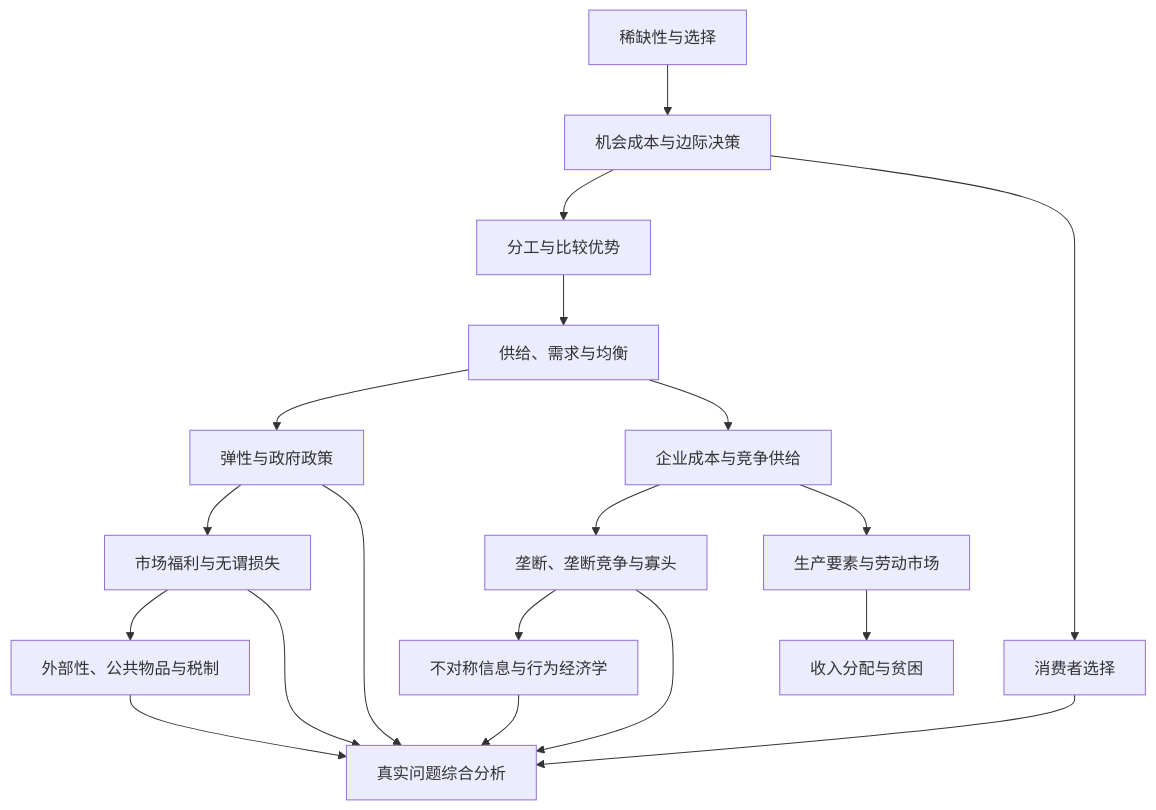
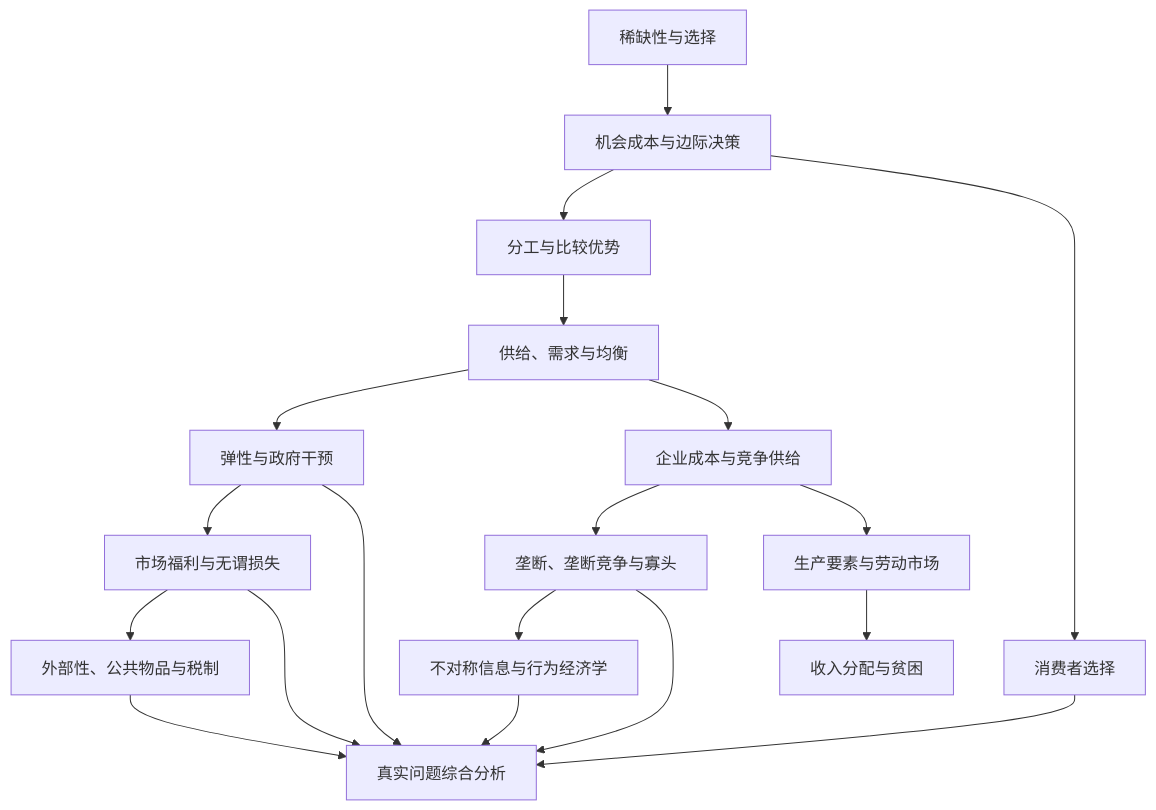
The diagram in docs/00_learning_system/learning_map.md (XiaoJiNu/microeconomicsLearning), drawn with Mermaid before and after one commit. The commit also changed other lines of this file and 9 other files, not shown here.

````diff
--- a/docs/00_learning_system/learning_map.md
+++ b/docs/00_learning_system/learning_map.md
@@ -43,21 +28,21 @@
 ```mermaid
 flowchart TD
     A[稀缺性与选择] --> B[机会成本与边际决策]
     B --> C[分工与比较优势]
     C --> D[供给、需求与均衡]
-    D --> E[弹性与政府政策]
+    D --> E[弹性与政府干预]
     E --> F[市场福利与无谓损失]
     F --> G[外部性、公共物品与税制]
     D --> H[企业成本与竞争供给]
     H --> I[垄断、垄断竞争与寡头]
     H --> J[生产要素与劳动市场]
     B --> K[消费者选择]
     I --> L[不对称信息与行为经济学]
     J --> M[收入分配与贫困]
     E --> N[真实问题综合分析]
     F --> N
     G --> N
     I --> N
     K --> N
     L --> N
 ```
````
